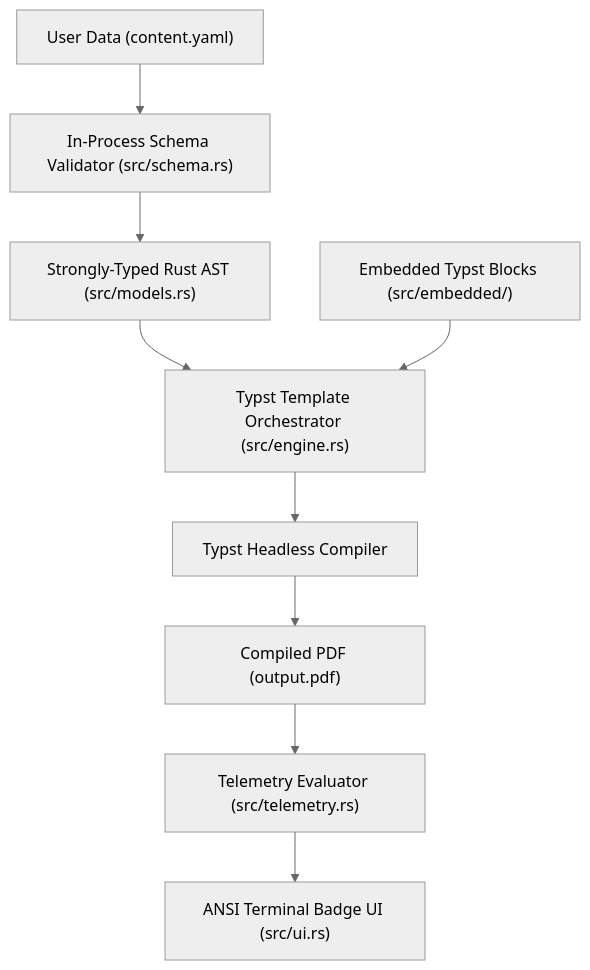
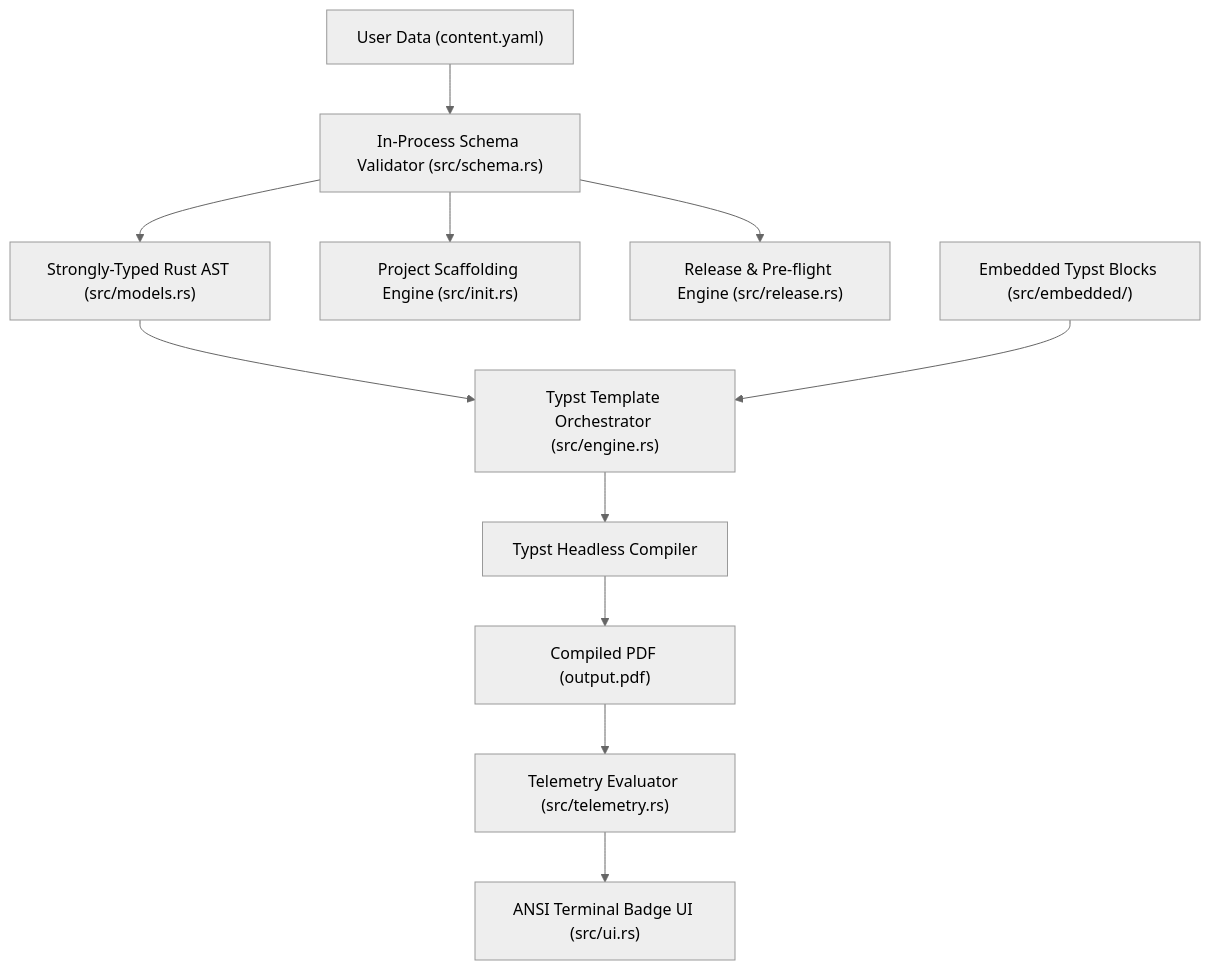
The diagram in docs/architecture.md (arvinduh/resumake), drawn with Mermaid (neutral theme) before and after one commit. The commit also changed other lines of this file and 4 other files, not shown here.

````diff
--- a/docs/architecture.md
+++ b/docs/architecture.md
@@ -16,11 +16,13 @@
 ```mermaid
 graph TD
     YAML["User Data (content.yaml)"] --> VAL["In-Process Schema Validator (src/schema.rs)"]
     VAL --> MOD["Strongly-Typed Rust AST (src/models.rs)"]
+    VAL --> INIT["Project Scaffolding Engine (src/init.rs)"]
+    VAL --> REL["Release & Pre-flight Engine (src/release.rs)"]
     MOD --> ENG["Typst Template Orchestrator (src/engine.rs)"]
     EMB["Embedded Typst Blocks (src/embedded/)"] --> ENG
     ENG --> COMP["Typst Headless Compiler"]
     COMP --> PDF["Compiled PDF (output.pdf)"]
     PDF --> TEL["Telemetry Evaluator (src/telemetry.rs)"]
     TEL --> UI["ANSI Terminal Badge UI (src/ui.rs)"]
 ```
````
